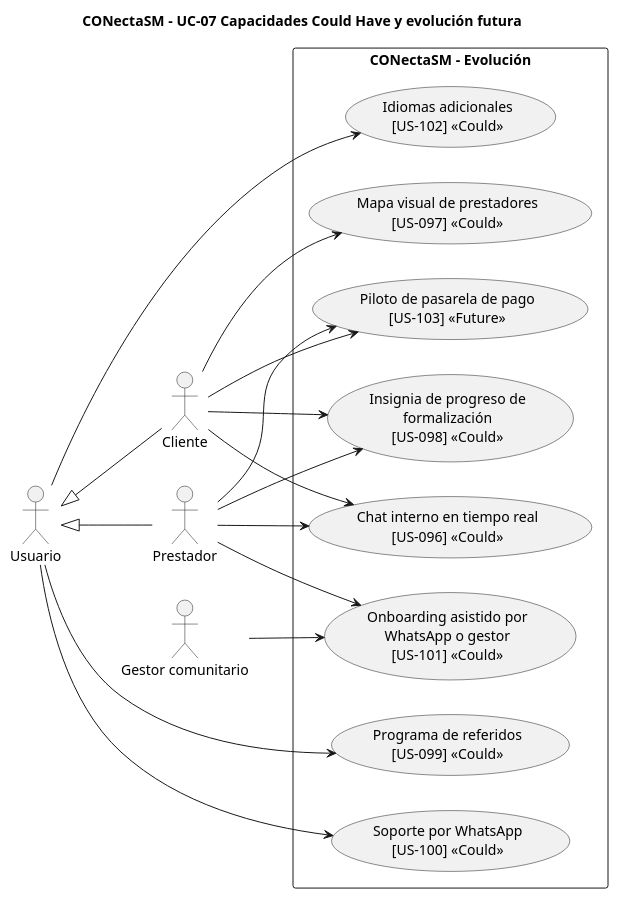
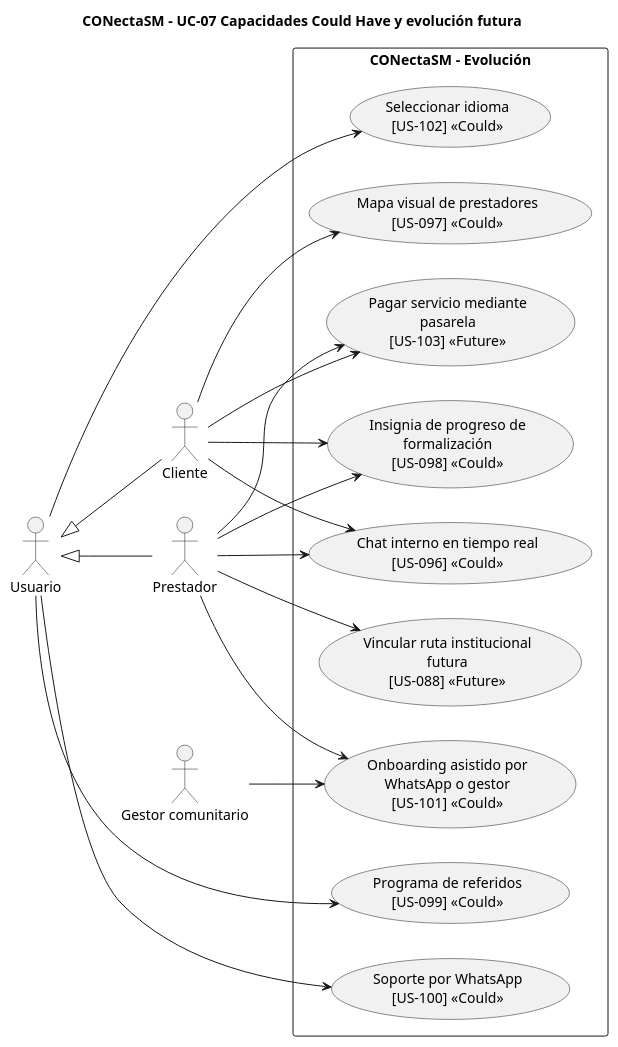
One commit to JsMartinez-dev/proyecto-diseno-ingenieria changed the diagram in FASE-4-Prototipar/08-Casos-de-Uso/Caso-de-uso-7/07_evolucion_futura.puml. Above: the diagram before and after it, drawn with PlantUML. The commit also changed 13 other files, not shown here.

First line of the commit message:
Corrige los diagramas de casos de uso

```diff
--- a/FASE-4-Prototipar/08-Casos-de-Uso/Caso-de-uso-7/07_evolucion_futura.puml
+++ b/FASE-4-Prototipar/08-Casos-de-Uso/Caso-de-uso-7/07_evolucion_futura.puml
@@ -1,43 +1,45 @@
 @startuml
 title CONectaSM - UC-07 Capacidades Could Have y evolución futura
 left to right direction
 skinparam packageStyle rectangle
 skinparam shadowing false
 
 actor "Usuario" as Usuario
 actor "Cliente" as Cliente
 actor "Prestador" as Prestador
 actor "Gestor comunitario" as Gestor
 
 
 Usuario <|-- Cliente
 Usuario <|-- Prestador
 
 rectangle "CONectaSM - Evolución" {
   usecase "Chat interno en tiempo real\n[US-096] <<Could>>" as UC086
   usecase "Mapa visual de prestadores\n[US-097] <<Could>>" as UC087
   usecase "Insignia de progreso de\nformalización\n[US-098] <<Could>>" as UC088
   usecase "Programa de referidos\n[US-099] <<Could>>" as UC089
   usecase "Soporte por WhatsApp\n[US-100] <<Could>>" as UC090
   usecase "Onboarding asistido por\nWhatsApp o gestor\n[US-101] <<Could>>" as UC091
-  usecase "Idiomas adicionales\n[US-102] <<Could>>" as UC092
-  usecase "Piloto de pasarela de pago\n[US-103] <<Future>>" as UC093
+  usecase "Vincular ruta institucional\nfutura\n[US-088] <<Future>>" as UC080
+  usecase "Seleccionar idioma\n[US-102] <<Could>>" as UC092
+  usecase "Pagar servicio mediante\npasarela\n[US-103] <<Future>>" as UC093
 }
 
 Cliente --> UC086
 Prestador --> UC086
 Cliente --> UC087
 Cliente --> UC088
 Prestador --> UC088
 Usuario --> UC089
 Usuario --> UC090
 Prestador --> UC091
+Prestador --> UC080
 Usuario --> UC092
 Cliente --> UC093
 Prestador --> UC093
 
 
 Gestor --> UC091
 
 
 @enduml
```
